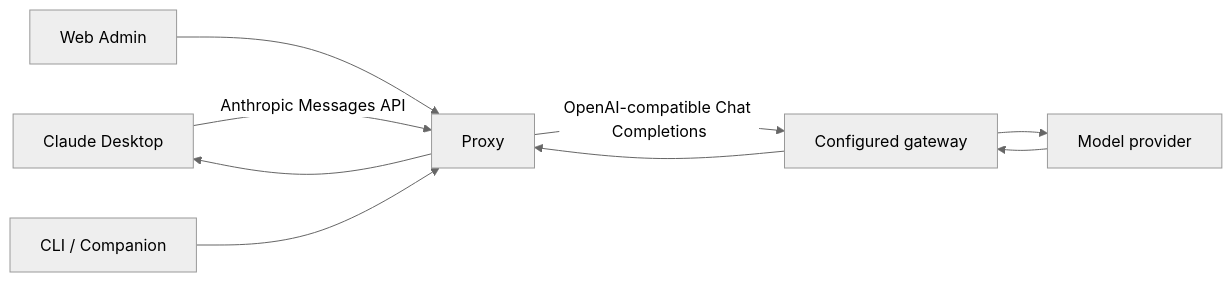
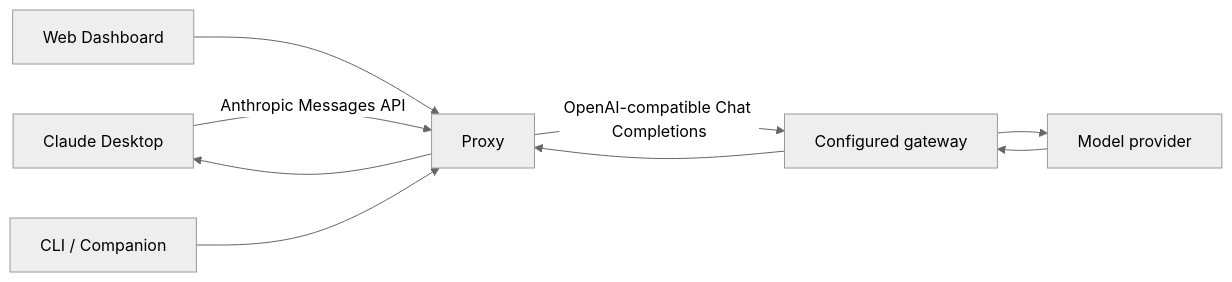
Before and after one commit to mushroomTW/FreeClaudeDesktop: the second of 5 diagrams in ARCHITECTURE.md, drawn with Mermaid (neutral theme). The commit also changed other lines of this file and 25 other files, not shown here.

````diff
--- a/ARCHITECTURE.md
+++ b/ARCHITECTURE.md
@@ -25,9 +25,9 @@
 ```mermaid
 flowchart LR
     CD["Claude Desktop"] -->|"Anthropic Messages API"| PX["Proxy"]
-    ADMIN["Web Admin"] --> PX
+    Dashboard["Web Dashboard"] --> PX
     CLI["CLI / Companion"] --> PX
     PX -->|"OpenAI-compatible Chat Completions"| GW["Configured gateway"]
     GW --> PROVIDER["Model provider"]
     PROVIDER --> GW --> PX --> CD
 ```
````
